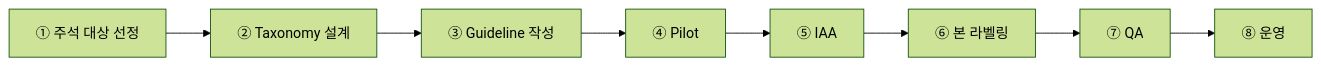
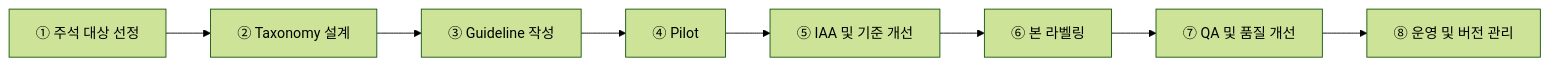
One commit to jin-kearney/ai-ready-data-manual changed the third of 5 diagrams in 가이드 작성/B-2 데이터 해설·주석/B-2 데이터 해설·주석.md. Above: the diagram before and after it, drawn with Mermaid (forest theme). The commit also changed other lines of this file, not shown here.

````diff
--- a/가이드 작성/B-2 데이터 해설·주석/B-2 데이터 해설·주석.md
+++ b/가이드 작성/B-2 데이터 해설·주석/B-2 데이터 해설·주석.md
@@ -503,12 +503,12 @@
 ```mermaid
 flowchart LR
 
 A[① 주석 대상 선정]
 --> B[② Taxonomy 설계]
 --> C[③ Guideline 작성]
 --> D[④ Pilot]
---> E[⑤ IAA]
+--> E[⑤ IAA 및 기준 개선]
 --> F[⑥ 본 라벨링]
---> G[⑦ QA]
---> H[⑧ 운영]
+--> G[⑦ QA 및 품질 개선]
+--> H[⑧ 운영 및 버전 관리]
 ```
````
